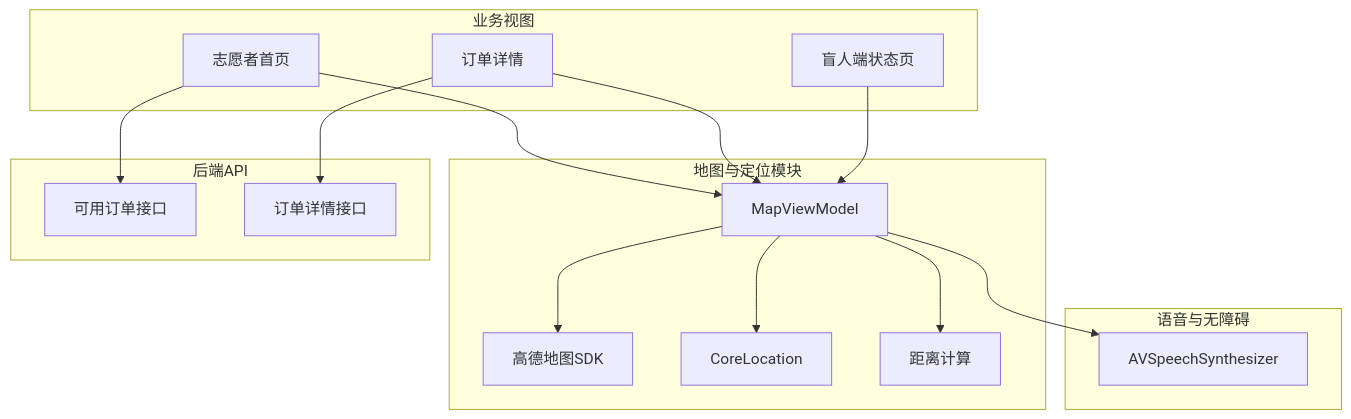
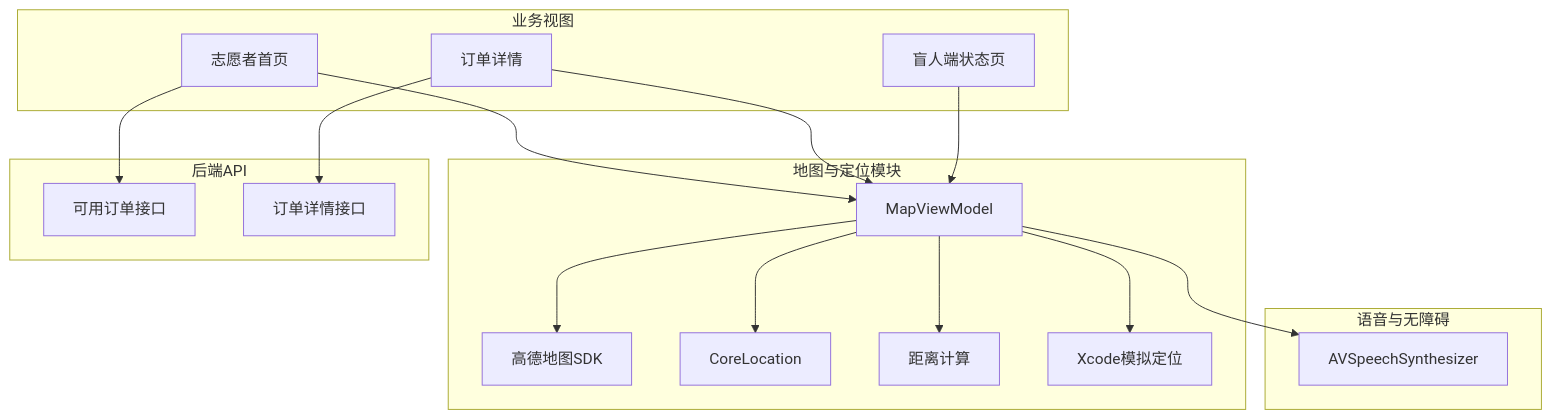
One commit to Jayden23018/blind-run-ios changed the second of 7 diagrams in .qoder/repowiki/zh/content/核心功能模块/地图与定位服务.md. Above: the diagram before and after it, drawn with Mermaid. The commit also changed other lines of this file and 10 other files, not shown here.

````diff
--- a/.qoder/repowiki/zh/content/核心功能模块/地图与定位服务.md
+++ b/.qoder/repowiki/zh/content/核心功能模块/地图与定位服务.md
@@ -101,30 +114,32 @@
 ```mermaid
 graph TB
 subgraph "业务视图"
 VR["志愿者首页"]
 VOD["订单详情"]
 BR["盲人端状态页"]
 end
 subgraph "地图与定位模块"
 MapVM["MapViewModel"]
 AMap["高德地图SDK"]
 CL["CoreLocation"]
 Dist["距离计算"]
+Sim["Xcode模拟定位"]
 end
 subgraph "后端API"
 OA["可用订单接口"]
 OD["订单详情接口"]
 end
 subgraph "语音与无障碍"
 TTS["AVSpeechSynthesizer"]
 end
 VR --> MapVM
 VOD --> MapVM
 BR --> MapVM
 MapVM --> AMap
 MapVM --> CL
 MapVM --> Dist
+MapVM --> Sim
 VR --> OA
 VOD --> OD
 MapVM --> TTS
 ```
````
